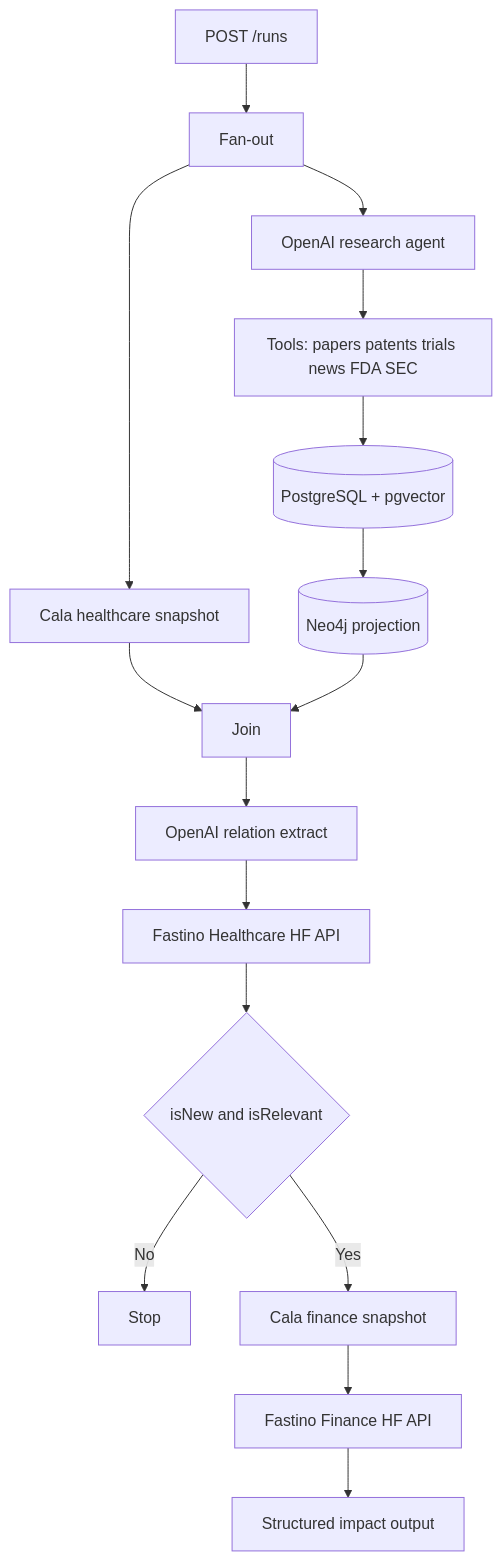
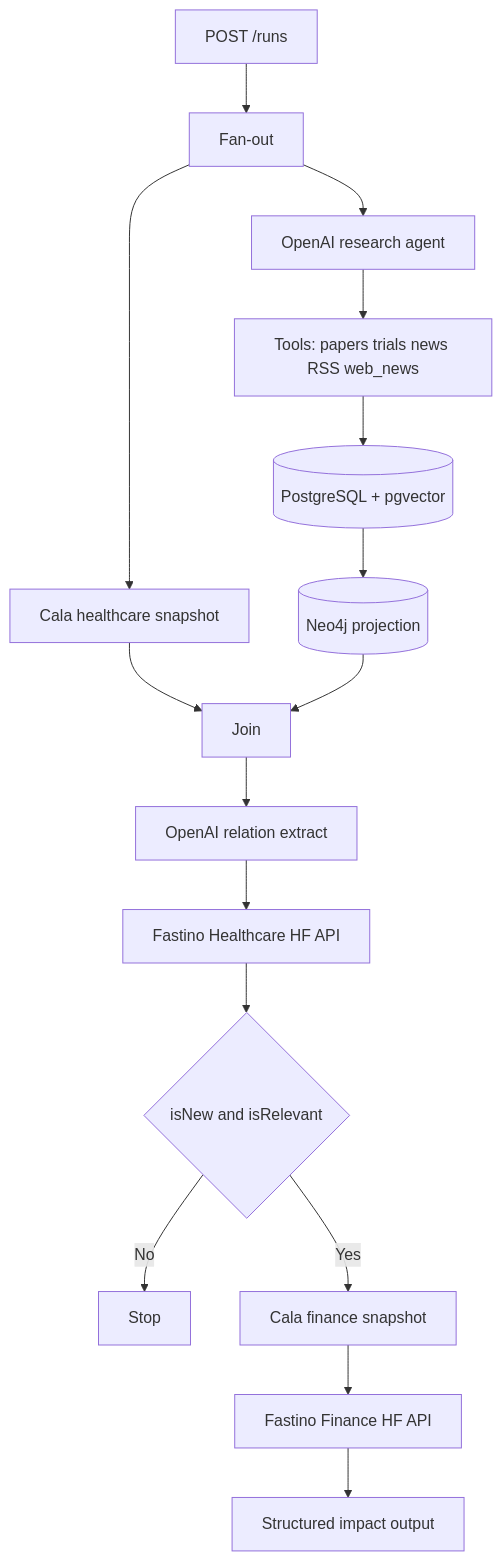
One commit to MarcAltabella/Cala-OpenAI changed the second of 2 diagrams in planning.md. Above: the diagram before and after it, drawn with Mermaid. The commit also changed other lines of this file and 13 other files, not shown here.

First line of the commit message:
feat(ingestion): add Tavily web news and default to gpt-5.6-luna

````diff
--- a/planning.md
+++ b/planning.md
@@ -115,18 +116,18 @@
 ```mermaid
 flowchart TD
   R[POST /runs] --> P[Fan-out]
   P --> C[Cala healthcare snapshot]
   P --> A[OpenAI research agent]
-  A --> T[Tools: papers patents trials news FDA SEC]
+  A --> T[Tools: papers trials news RSS web_news]
   T --> PG[(PostgreSQL + pgvector)]
   PG --> NJ[(Neo4j projection)]
   C --> J[Join]
   NJ --> J
   J --> Rel[OpenAI relation extract]
   Rel --> FH[Fastino Healthcare HF API]
   FH --> G{isNew and isRelevant}
   G -- No --> S[Stop]
   G -- Yes --> CF[Cala finance snapshot]
   CF --> FF[Fastino Finance HF API]
   FF --> O[Structured impact output]
 ```
````
